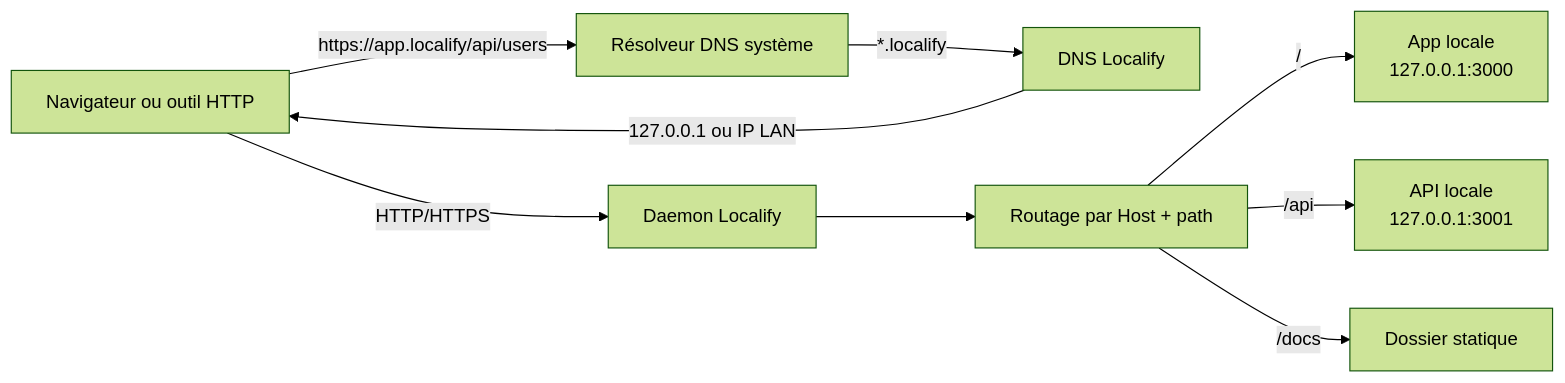
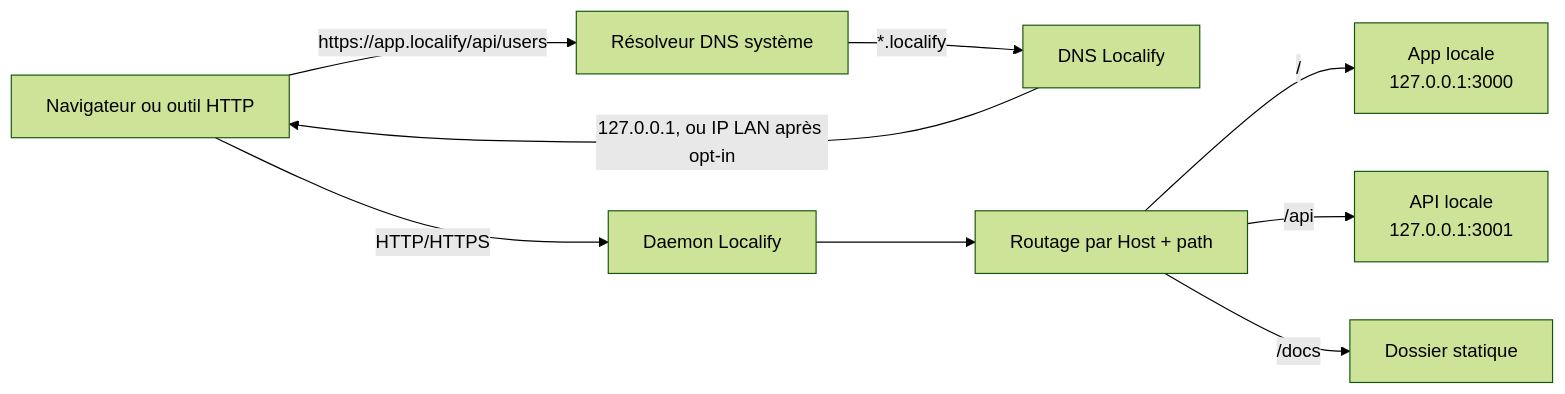
The first of 8 diagrams in docs/localify-technical-overview.md (Synapsr/Localify), drawn with Mermaid (forest theme) before and after one commit. The commit also changed other lines of this file and 97 other files, not shown here.

````diff
--- a/docs/localify-technical-overview.md
+++ b/docs/localify-technical-overview.md
@@ -11,20 +11,20 @@
 ```mermaid
 flowchart LR
   Browser["Navigateur ou outil HTTP"]
   Resolver["Résolveur DNS système"]
   Dns["DNS Localify"]
   Daemon["Daemon Localify"]
   Router["Routage par Host + path"]
   App["App locale<br/>127.0.0.1:3000"]
   Api["API locale<br/>127.0.0.1:3001"]
   Static["Dossier statique"]
 
   Browser -->|"https://app.localify/api/users"| Resolver
   Resolver -->|"*.localify"| Dns
-  Dns -->|"127.0.0.1 ou IP LAN"| Browser
+  Dns -->|"127.0.0.1, ou IP LAN après opt-in"| Browser
   Browser -->|"HTTP/HTTPS"| Daemon
   Daemon --> Router
   Router -->|"/"| App
   Router -->|"/api"| Api
   Router -->|"/docs"| Static
 ```
````
